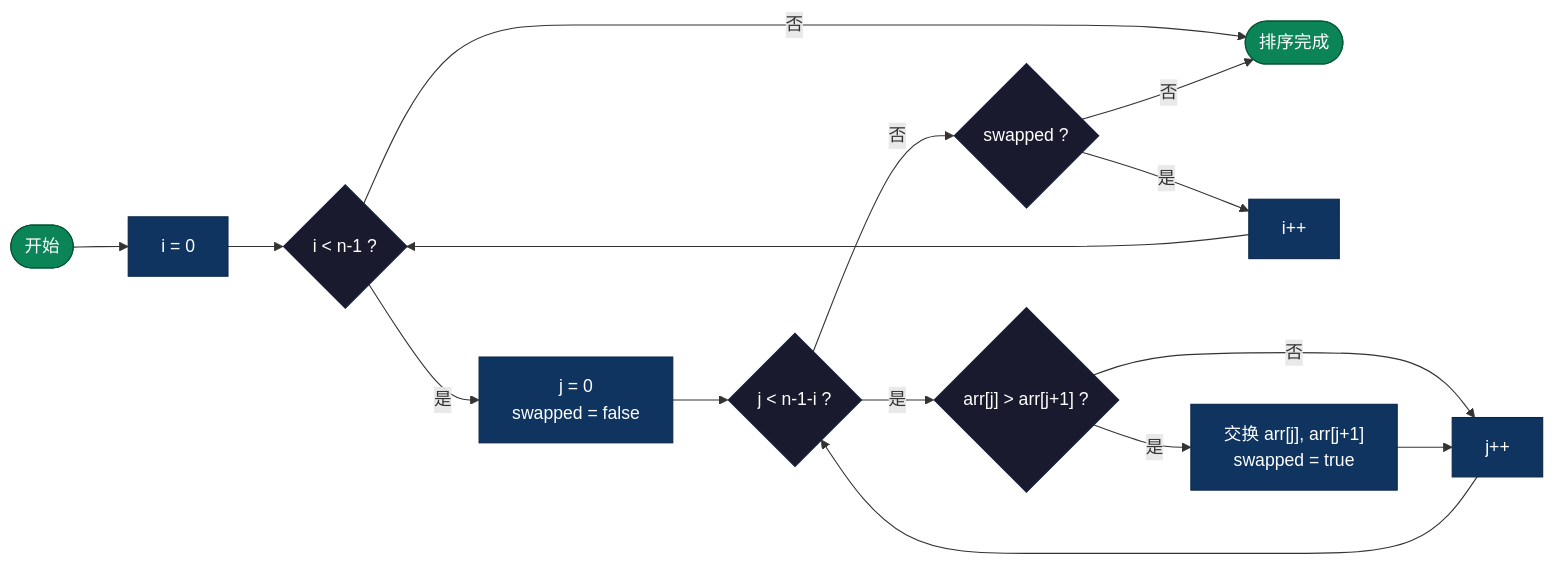
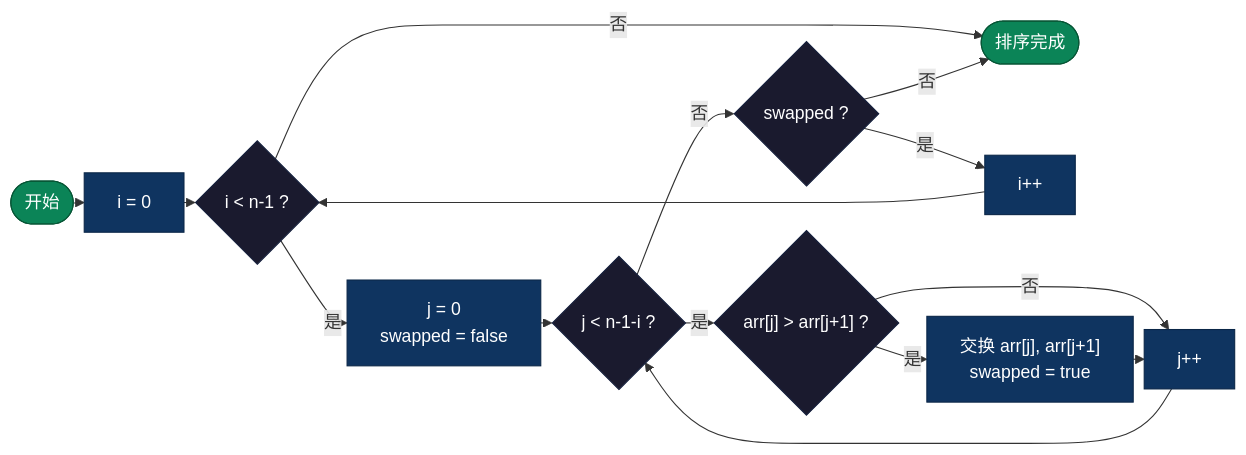
The third of 14 diagrams in sorting/AI-Era-Top-10-Sorting-Algorithms.md (microwind/algorithms), drawn with Mermaid before and after one commit. The commit also changed other lines of this file and 3 other files, not shown here.

````diff
--- a/sorting/AI-Era-Top-10-Sorting-Algorithms.md
+++ b/sorting/AI-Era-Top-10-Sorting-Algorithms.md
@@ -128,25 +139,26 @@
 ```mermaid
+%%{init: {'flowchart': {'nodeSpacing': 10, 'rankSpacing': 10, 'padding': 15}}}%%
 graph LR
     S(["开始"]) --> INIT["i = 0"]
     INIT --> OUTER{"i < n-1 ?"}
     OUTER -->|"否"| END(["排序完成"])
     OUTER -->|"是"| JSTART["j = 0\nswapped = false"]
     JSTART --> INNER{"j < n-1-i ?"}
     INNER -->|"否"| CHKSW{"swapped ?"}
     CHKSW -->|"否"| END
     CHKSW -->|"是"| INC["i++"]
     INC --> OUTER
     INNER -->|"是"| CMP{"arr[j] > arr[j+1] ?"}
     CMP -->|"否"| JINC["j++"]
     CMP -->|"是"| SWAP["交换 arr[j], arr[j+1]\nswapped = true"]
     SWAP --> JINC
     JINC --> INNER
 
     classDef start fill:#0b8457,color:#fff,stroke:#065535
     classDef decision fill:#1a1a2e,color:#fff,stroke:#16213e
     classDef process fill:#0f3460,color:#fff,stroke:#0a2647
 
     class S,END start
     class OUTER,INNER,CMP,CHKSW decision
     class INIT,JSTART,INC,JINC,SWAP process
 ```
````
